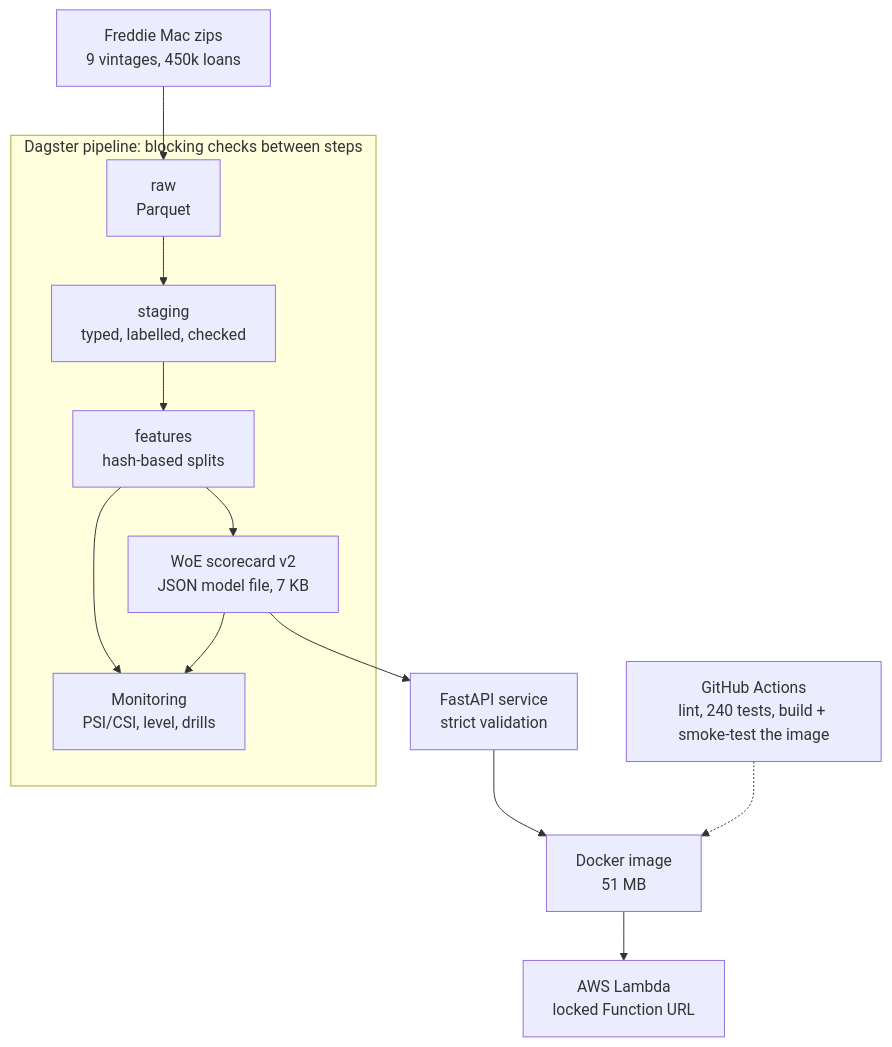
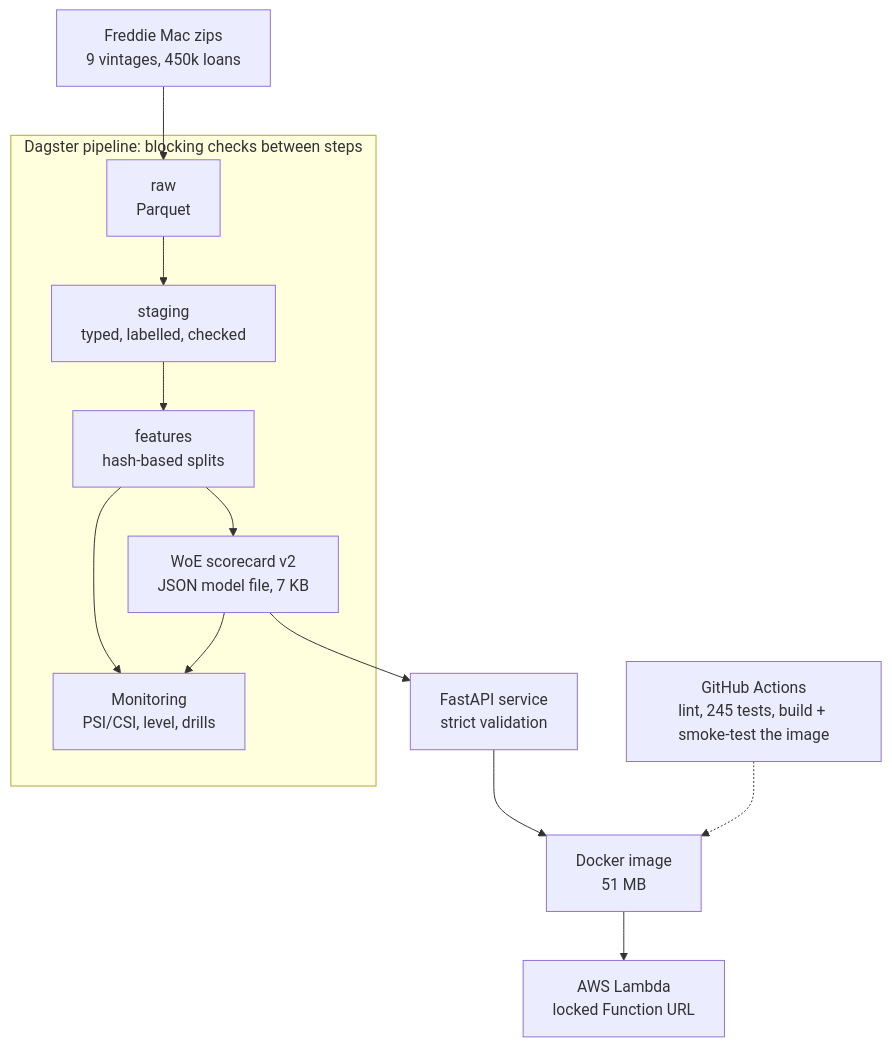
One commit to Aymannel04/credit-risk-platform changed the diagram in README.md. Above: the diagram before and after it, drawn with Mermaid. The commit also changed other lines of this file and 8 other files, not shown here.

````diff
--- a/README.md
+++ b/README.md
@@ -30,20 +31,20 @@
 ```mermaid
 flowchart TB
     Z["Freddie Mac zips<br/>9 vintages, 450k loans"] --> R["raw<br/>Parquet"]
     R --> S["staging<br/>typed, labelled, checked"]
     S --> F["features<br/>hash-based splits"]
     F --> M["WoE scorecard v2<br/>JSON model file, 7 KB"]
     M --> API["FastAPI service<br/>strict validation"]
     API --> IMG["Docker image<br/>51 MB"]
     IMG --> L["AWS Lambda<br/>locked Function URL"]
     F --> MON["Monitoring<br/>PSI/CSI, level, drills"]
     M --> MON
     subgraph D["Dagster pipeline: blocking checks between steps"]
       R
       S
       F
       M
       MON
     end
-    CI["GitHub Actions<br/>lint, 240 tests, build + smoke-test the image"] -.-> IMG
+    CI["GitHub Actions<br/>lint, 245 tests, build + smoke-test the image"] -.-> IMG
 ```
````
